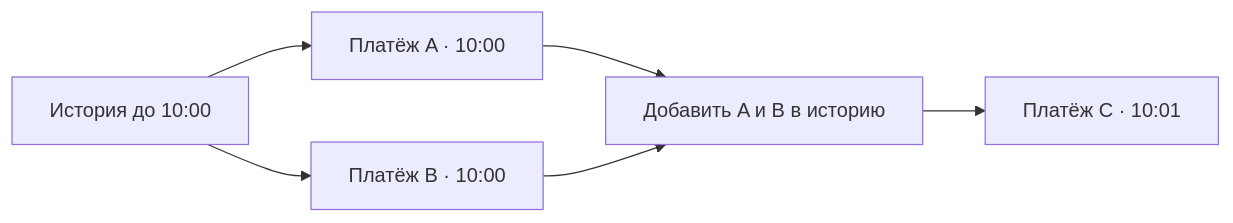
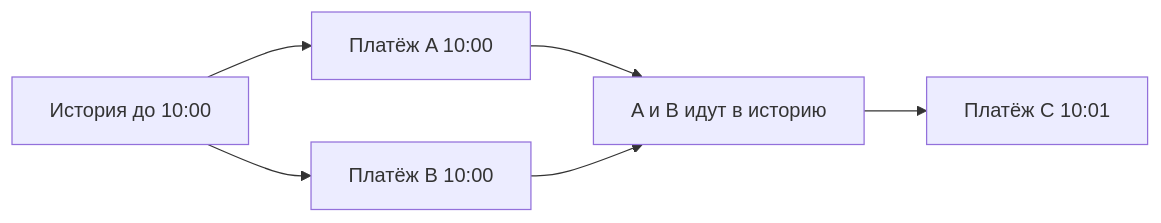
The first of 2 diagrams in docs/ETL.md (WSL-AI/AML), drawn with Mermaid before and after one commit. The commit also changed other lines of this file and 3 other files, not shown here.

````diff
--- a/docs/ETL.md
+++ b/docs/ETL.md
@@ -156,8 +114,8 @@
 ```mermaid
 flowchart LR
-    H["История до 10:00"] --> A["Платёж A · 10:00"]
-    H --> B["Платёж B · 10:00"]
-    A --> U["Добавить A и B в историю"]
+    H["История до 10:00"] --> A["Платёж A 10:00"]
+    H --> B["Платёж B 10:00"]
+    A --> U["A и B идут в историю"]
     B --> U
-    U --> C["Платёж C · 10:01"]
+    U --> C["Платёж C 10:01"]
 ```
````
